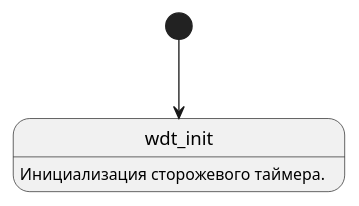
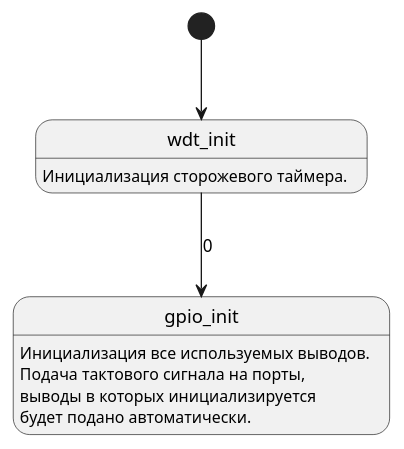
Before and after one commit to Vadimatorik/ChiptunePlayer-2.22: the diagram in user_code/ayplayer_fsm.pu, drawn with PlantUML. The commit also changed 6 other files, not shown here.

Commit message:
Инициализация GPIO вошла в FSM.

```diff
--- a/user_code/ayplayer_fsm.pu
+++ b/user_code/ayplayer_fsm.pu
@@ -1,9 +1,18 @@
 @startuml
 
 [*] --> start
 
 state "wdt_init" as start {
 start: Инициализация сторожевого таймера.
 }
 
+start --> s1: 0
+
+state "gpio_init" as s1 {
+s1: Инициализация все используемых выводов.
+s1: Подача тактового сигнала на порты, 
+s1: выводы в которых инициализируется 
+s1: будет подано автоматически.
+}
+
 @enduml
```
